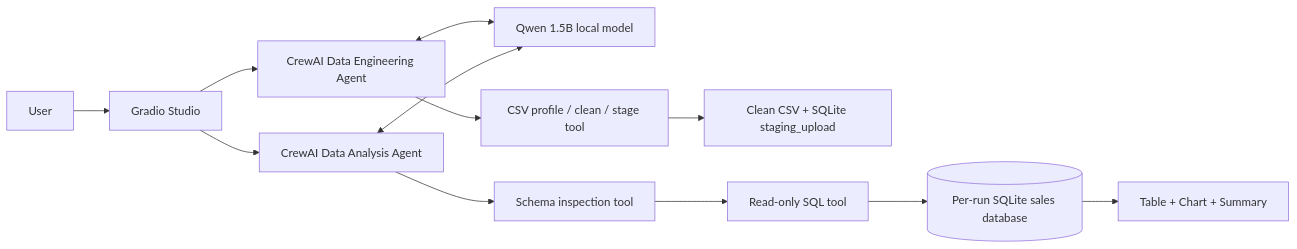
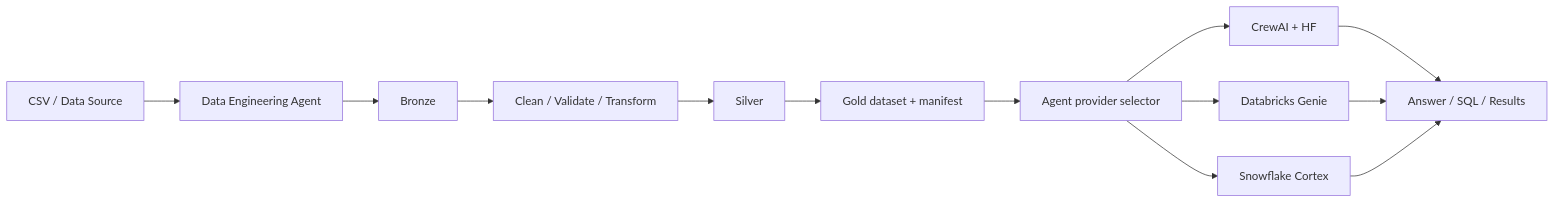
Before and after one commit to msellamiTN/data-agent-platform-studio: the diagram in README.md, drawn with Mermaid. The commit also changed other lines of this file, not shown here.

Commit message:
docs: document shared pipeline and agent providers

```diff
--- a/README.md
+++ b/README.md
@@ -33,14 +9,15 @@
 ~~~mermaid
 flowchart LR
-    U[User] --> G[Gradio Studio]
-    G --> DE[CrewAI Data Engineering Agent]
-    G --> DA[CrewAI Data Analysis Agent]
-    DE <--> HF[Qwen 1.5B local model]
-    DA <--> HF
-    DE --> T1[CSV profile / clean / stage tool]
-    T1 --> C[Clean CSV + SQLite staging_upload]
-    DA --> T2[Schema inspection tool]
-    T2 --> T3[Read-only SQL tool]
-    T3 --> DB[(Per-run SQLite sales database)]
-    DB --> R[Table + Chart + Summary]
+    SRC[CSV / Data Source] --> DE[Data Engineering Agent]
+    DE --> BR[Bronze]
+    BR --> ETL[Clean / Validate / Transform]
+    ETL --> SI[Silver]
+    SI --> GO[Gold dataset + manifest]
+    GO --> ROUTER[Agent provider selector]
+    ROUTER --> LOCAL[CrewAI + HF]
+    ROUTER --> GENIE[Databricks Genie]
+    ROUTER --> CORTEX[Snowflake Cortex]
+    LOCAL --> OUT[Answer / SQL / Results]
+    GENIE --> OUT
+    CORTEX --> OUT
 ~~~
```
